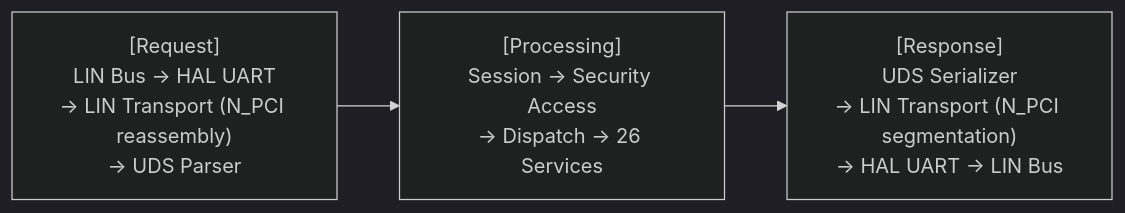
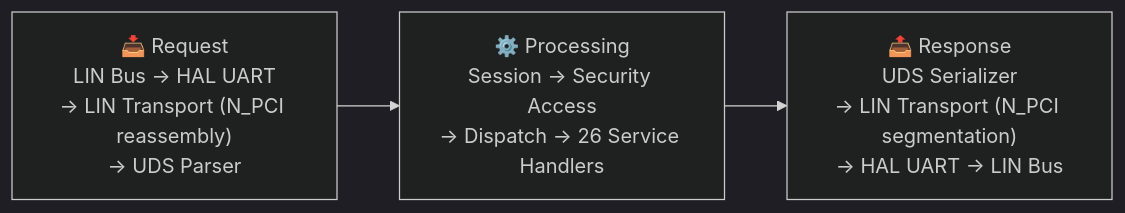
Before and after one commit to HUANGzc83/uds-lin-ecu: the diagram in README_EN.md, drawn with Mermaid (dark theme). The commit also changed other lines of this file and 1 other file, not shown here.

Commit message:
docs: restore Mermaid emoji, add module table, remove status column, add MIT badge

````diff
--- a/README_EN.md
+++ b/README_EN.md
@@ -30,8 +31,8 @@
 ```mermaid
-graph LR
-    REQ["[Request]\nLIN Bus -> HAL UART\n-> LIN Transport (N_PCI reassembly)\n-> UDS Parser"]
+flowchart LR
+    REQ["📥 Request\nLIN Bus → HAL UART\n→ LIN Transport (N_PCI reassembly)\n→ UDS Parser"]
     REQ --> PROC
-    PROC["[Processing]\nSession -> Security Access\n-> Dispatch -> 26 Services"]
+    PROC["⚙️ Processing\nSession → Security Access\n→ Dispatch → 26 Service Handlers"]
     PROC --> RSP
-    RSP["[Response]\nUDS Serializer\n-> LIN Transport (N_PCI segmentation)\n-> HAL UART -> LIN Bus"]
+    RSP["📤 Response\nUDS Serializer\n→ LIN Transport (N_PCI segmentation)\n→ HAL UART → LIN Bus"]
 ```
````
